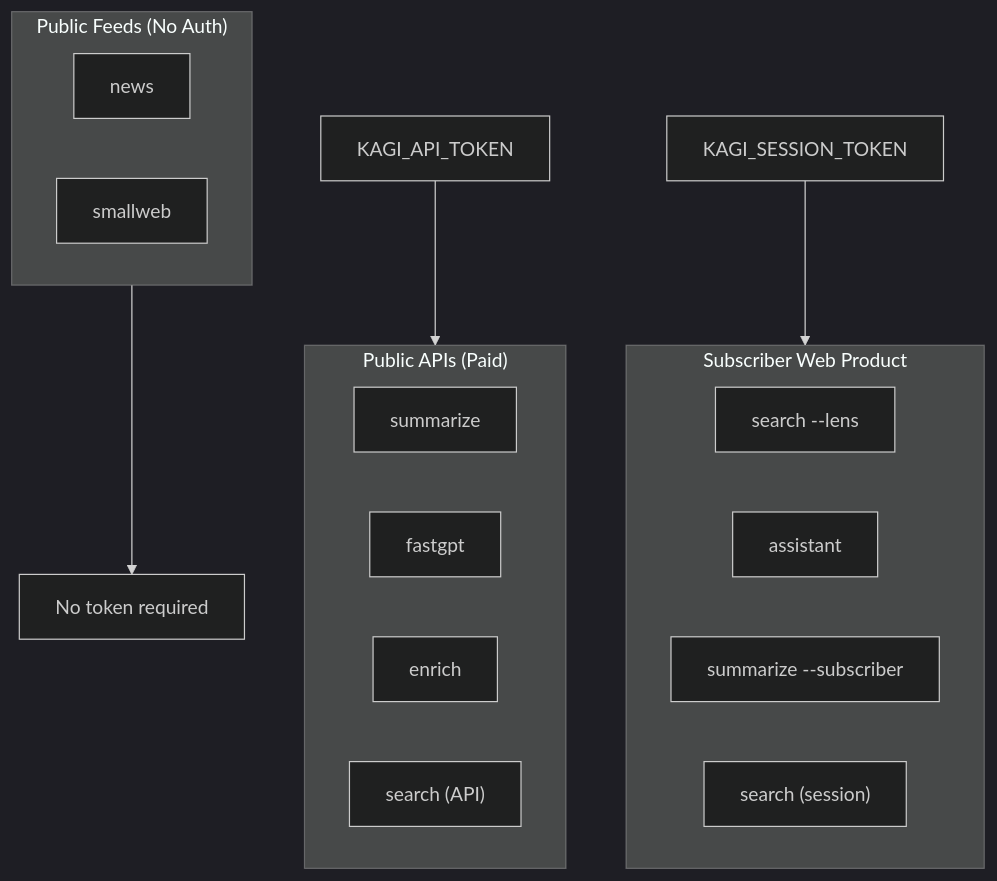
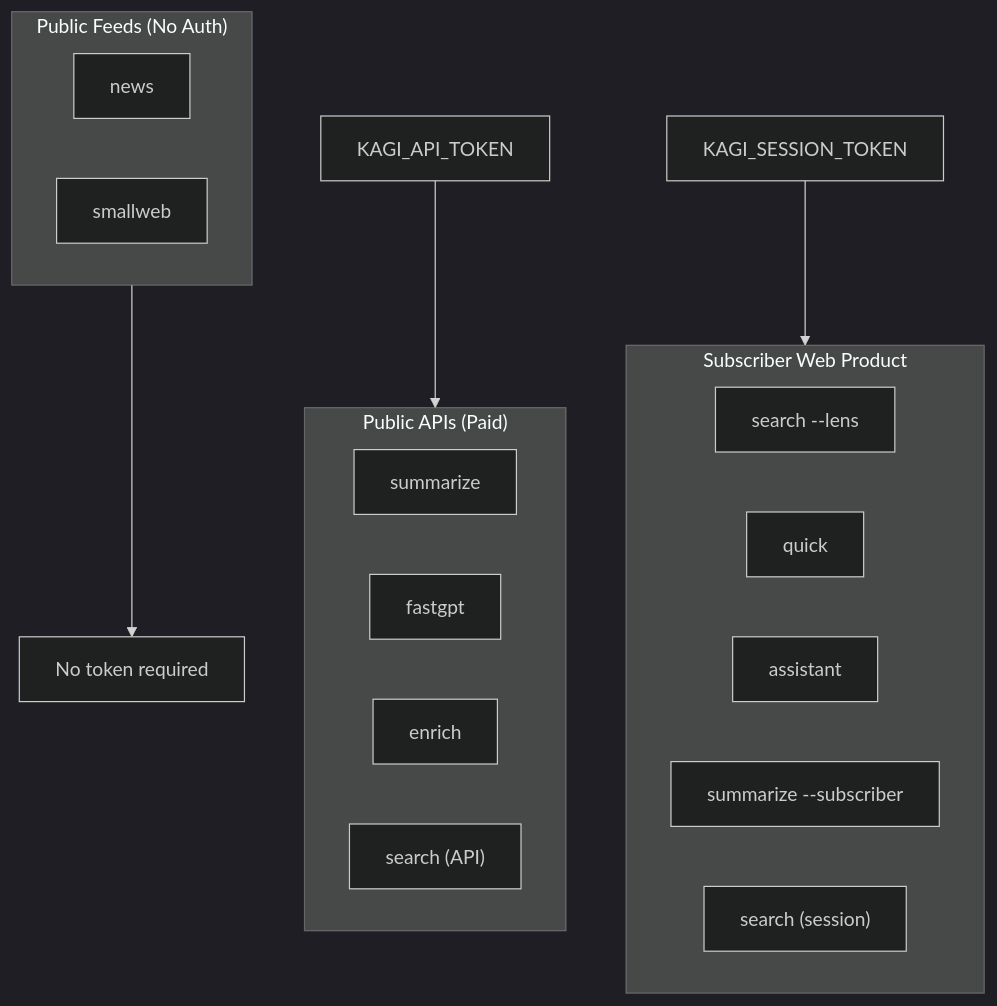
The diagram in docs/index.mdx (Microck/kagi-cli), drawn with Mermaid (dark theme) before and after one commit. The commit also changed other lines of this file and 22 other files, not shown here.

````diff
--- a/docs/index.mdx
+++ b/docs/index.mdx
@@ -96,25 +97,26 @@
 ```mermaid
 flowchart TB
     subgraph PublicAPIs["Public APIs (Paid)"]
         api1["summarize"]
         api2["fastgpt"]
         api3["enrich"]
         api4["search (API)"]
     end
     
     subgraph SubscriberWeb["Subscriber Web Product"]
         web1["search --lens"]
-        web2["assistant"]
-        web3["summarize --subscriber"]
-        web4["search (session)"]
+        web2["quick"]
+        web3["assistant"]
+        web4["summarize --subscriber"]
+        web5["search (session)"]
     end
     
     subgraph PublicFeeds["Public Feeds (No Auth)"]
         feed1["news"]
         feed2["smallweb"]
     end
     
     KAGI_API_TOKEN --> PublicAPIs
     KAGI_SESSION_TOKEN --> SubscriberWeb
     PublicFeeds --> NoAuth["No token required"]
 ```
````
